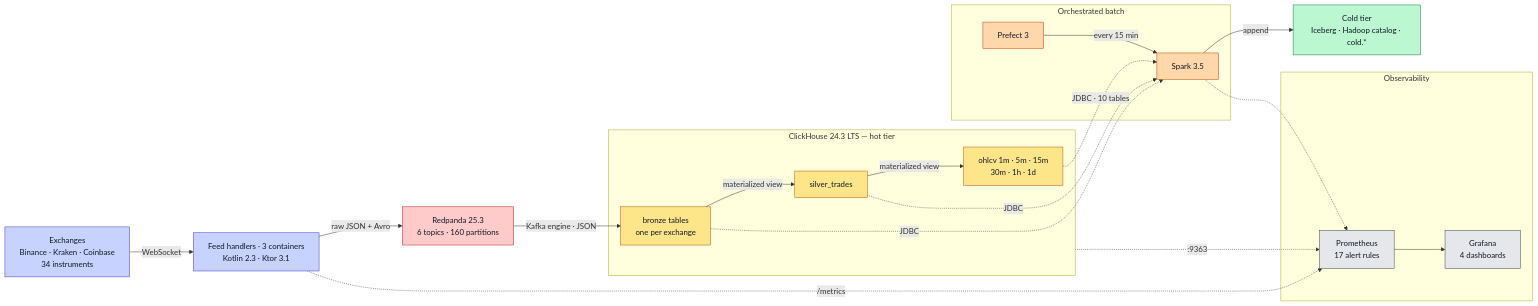
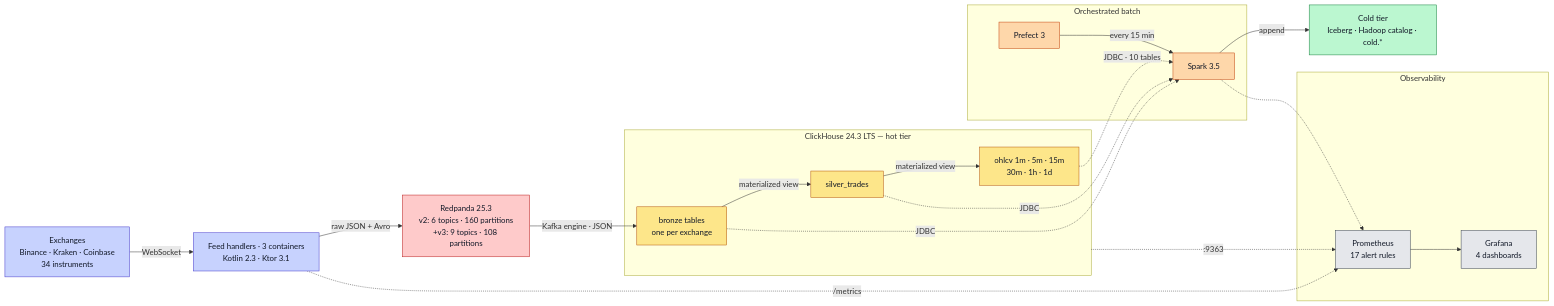
Before and after one commit to rjdscott/k2-market-data-platform: the first of 2 diagrams in README.md, drawn with Mermaid. The commit also changed other lines of this file and 69 other files, not shown here.

````diff
--- a/README.md
+++ b/README.md
@@ -28,42 +30,42 @@
 ```mermaid
 flowchart LR
   E["Exchanges<br/>Binance · Kraken · Coinbase<br/>34 instruments"]:::kt
   F["Feed handlers · 3 containers<br/>Kotlin 2.3 · Ktor 3.1"]:::kt
-  R["Redpanda 25.3<br/>6 topics · 160 partitions"]:::rp
+  R["Redpanda 25.3<br/>v2: 6 topics · 160 partitions<br/>+v3: 9 topics · 108 partitions"]:::rp
   subgraph CH["ClickHouse 24.3 LTS — hot tier"]
     B["bronze tables<br/>one per exchange"]:::ch
     S["silver_trades"]:::ch
     G["ohlcv 1m · 5m · 15m<br/>30m · 1h · 1d"]:::ch
   end
   subgraph BATCH["Orchestrated batch"]
     P["Prefect 3"]:::sp
     K["Spark 3.5"]:::sp
   end
   I["Cold tier<br/>Iceberg · Hadoop catalog · cold.*"]:::st
   subgraph OBS["Observability"]
     M["Prometheus<br/>17 alert rules"]:::ob
     D["Grafana<br/>4 dashboards"]:::ob
   end
 
   E -->|WebSocket| F
   F -->|"raw JSON + Avro"| R
   R -->|"Kafka engine · JSON"| B
   B -->|materialized view| S
   S -->|materialized view| G
   P -->|every 15 min| K
   B -.->|JDBC| K
   S -.->|JDBC| K
   G -.->|"JDBC · 10 tables"| K
   K -->|append| I
   F -.->|/metrics| M
   CH -.->|:9363| M
   K -.-> M
   M --> D
 
   classDef kt fill:#c7d2fe,stroke:#4338ca,color:#111827
   classDef rp fill:#fecaca,stroke:#b91c1c,color:#111827
   classDef ch fill:#fde68a,stroke:#b45309,color:#111827
   classDef sp fill:#fed7aa,stroke:#c2410c,color:#111827
   classDef st fill:#bbf7d0,stroke:#15803d,color:#111827
   classDef ob fill:#e5e7eb,stroke:#374151,color:#111827
 ```
````
